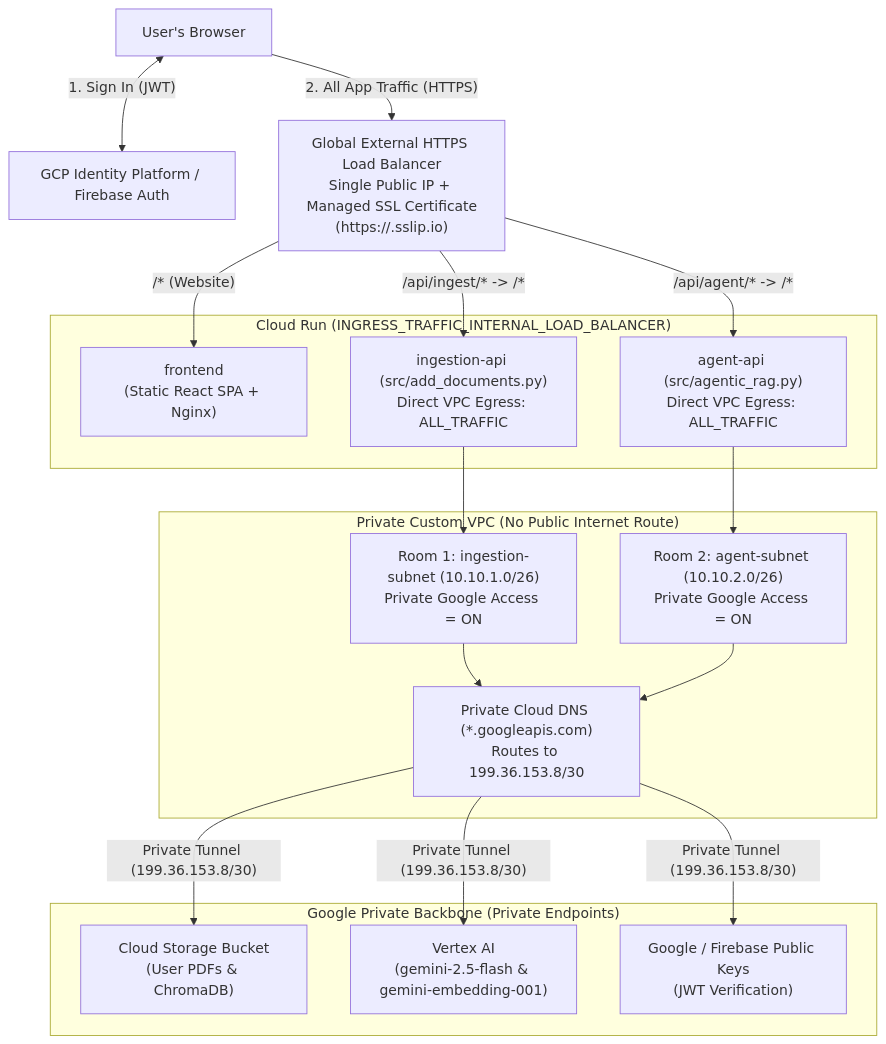
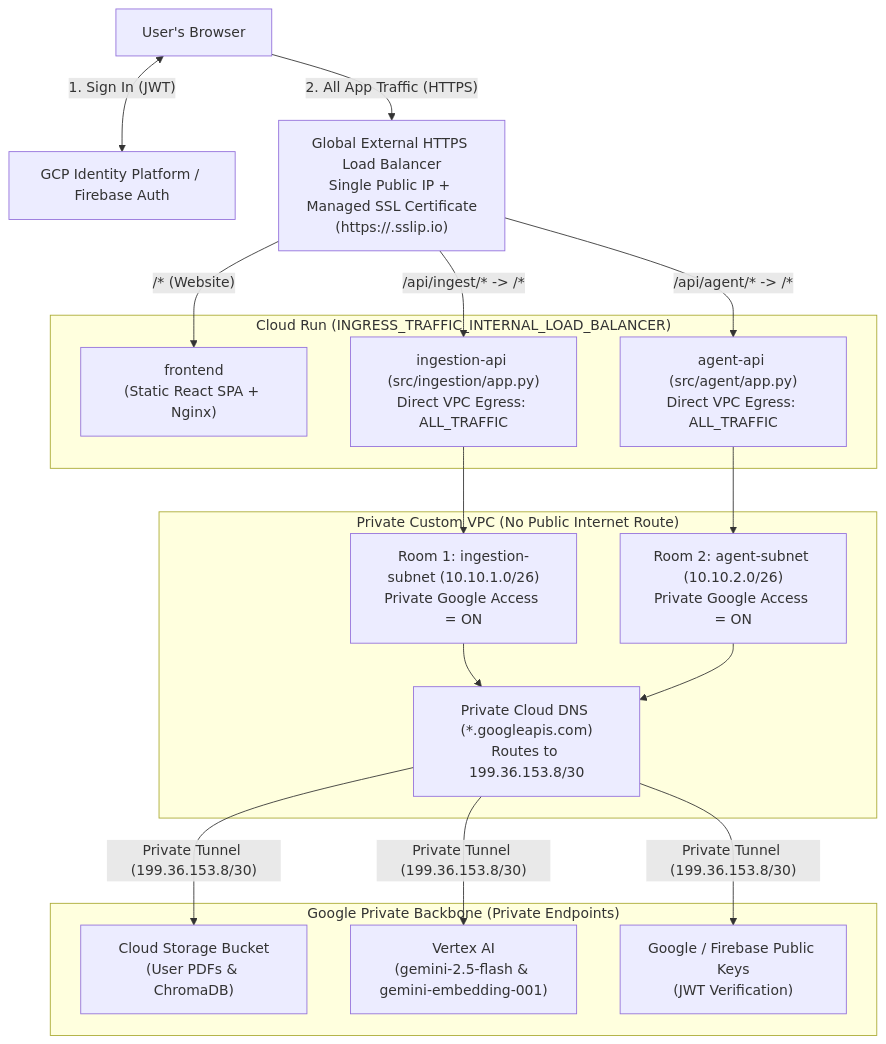
Before and after one commit to maggiemhanna/interactive_rag: the diagram in docs/NETWORK_SECURITY_PLAN.md, drawn with Mermaid. The commit also changed 3 other files, not shown here.

Commit message:
docs: align architecture and compliance plans with modular src/ hierarchy

````diff
--- a/docs/NETWORK_SECURITY_PLAN.md
+++ b/docs/NETWORK_SECURITY_PLAN.md
@@ -21,41 +21,41 @@
 ```mermaid
 flowchart TB
     Browser["User's Browser"]
     Auth["GCP Identity Platform / Firebase Auth"]
 
     LB["Global External HTTPS Load Balancer\nSingle Public IP + Managed SSL Certificate\n(https://<IP-with-dashes>.sslip.io)"]
 
     subgraph LockedCloudRun["Cloud Run (INGRESS_TRAFFIC_INTERNAL_LOAD_BALANCER)"]
         FE["frontend\n(Static React SPA + Nginx)"]
-        Ingest["ingestion-api (src/add_documents.py)\nDirect VPC Egress: ALL_TRAFFIC"]
-        Agent["agent-api (src/agentic_rag.py)\nDirect VPC Egress: ALL_TRAFFIC"]
+        Ingest["ingestion-api (src/ingestion/app.py)\nDirect VPC Egress: ALL_TRAFFIC"]
+        Agent["agent-api (src/agent/app.py)\nDirect VPC Egress: ALL_TRAFFIC"]
     end
 
     subgraph CustomVPC["Private Custom VPC (No Public Internet Route)"]
         SubIngest["Room 1: ingestion-subnet (10.10.1.0/26)\nPrivate Google Access = ON"]
         SubAgent["Room 2: agent-subnet (10.10.2.0/26)\nPrivate Google Access = ON"]
         PrivDNS["Private Cloud DNS (*.googleapis.com)\nRoutes to 199.36.153.8/30"]
     end
 
     subgraph GooglePrivateBackbone["Google Private Backbone (Private Endpoints)"]
         GCS["Cloud Storage Bucket\n(User PDFs & ChromaDB)"]
         Vertex["Vertex AI\n(gemini-2.5-flash & gemini-embedding-001)"]
         JWKS["Google / Firebase Public Keys\n(JWT Verification)"]
     end
 
     Browser <-->|"1. Sign In (JWT)"| Auth
     Browser -->|"2. All App Traffic (HTTPS)"| LB
 
     LB -->|"/* (Website)"| FE
     LB -->|"/api/ingest/* -> /*"| Ingest
     LB -->|"/api/agent/* -> /*"| Agent
 
     Ingest --> SubIngest
     Agent --> SubAgent
     SubIngest --> PrivDNS
     SubAgent --> PrivDNS
 
     PrivDNS -->|"Private Tunnel (199.36.153.8/30)"| GCS
     PrivDNS -->|"Private Tunnel (199.36.153.8/30)"| Vertex
     PrivDNS -->|"Private Tunnel (199.36.153.8/30)"| JWKS
 ```
````
